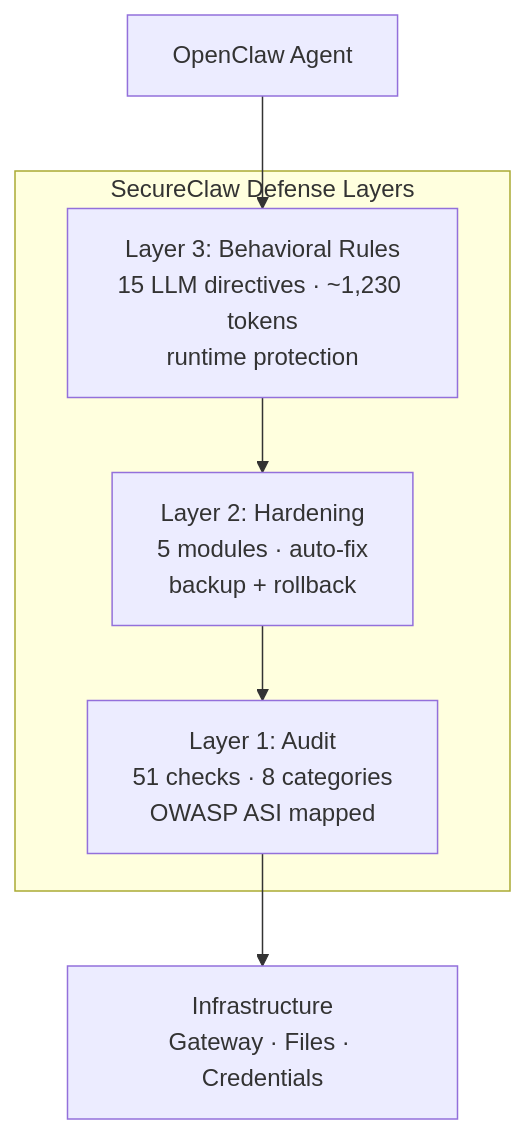
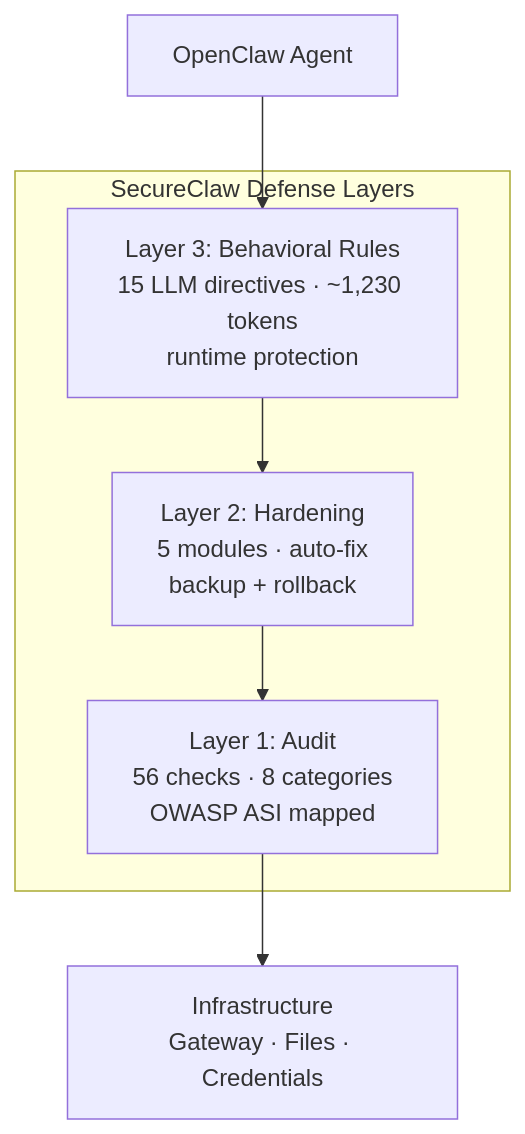
The first of 2 diagrams in README.md (dasha-512/secureclaw), drawn with Mermaid before and after one commit. The commit also changed other lines of this file and 1 other file, not shown here.

````diff
--- a/README.md
+++ b/README.md
@@ -23,13 +23,13 @@
 ```mermaid
 graph TB
     subgraph SecureClaw["SecureClaw Defense Layers"]
-        L1["Layer 1: Audit<br/>51 checks · 8 categories<br/>OWASP ASI mapped"]
+        L1["Layer 1: Audit<br/>56 checks · 8 categories<br/>OWASP ASI mapped"]
         L2["Layer 2: Hardening<br/>5 modules · auto-fix<br/>backup + rollback"]
         L3["Layer 3: Behavioral Rules<br/>15 LLM directives · ~1,230 tokens<br/>runtime protection"]
     end
 
     Agent["OpenClaw Agent"] --> L3
     L3 --> L2
     L2 --> L1
     L1 --> Infra["Infrastructure<br/>Gateway · Files · Credentials"]
 ```
````
